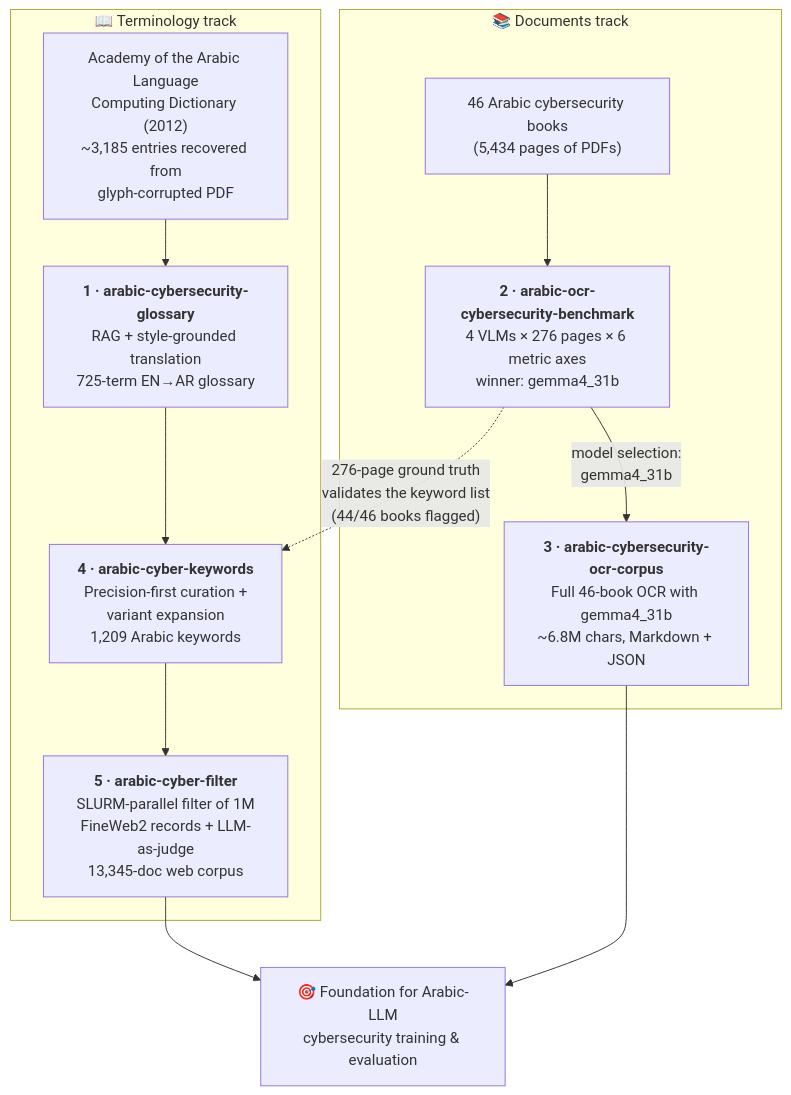
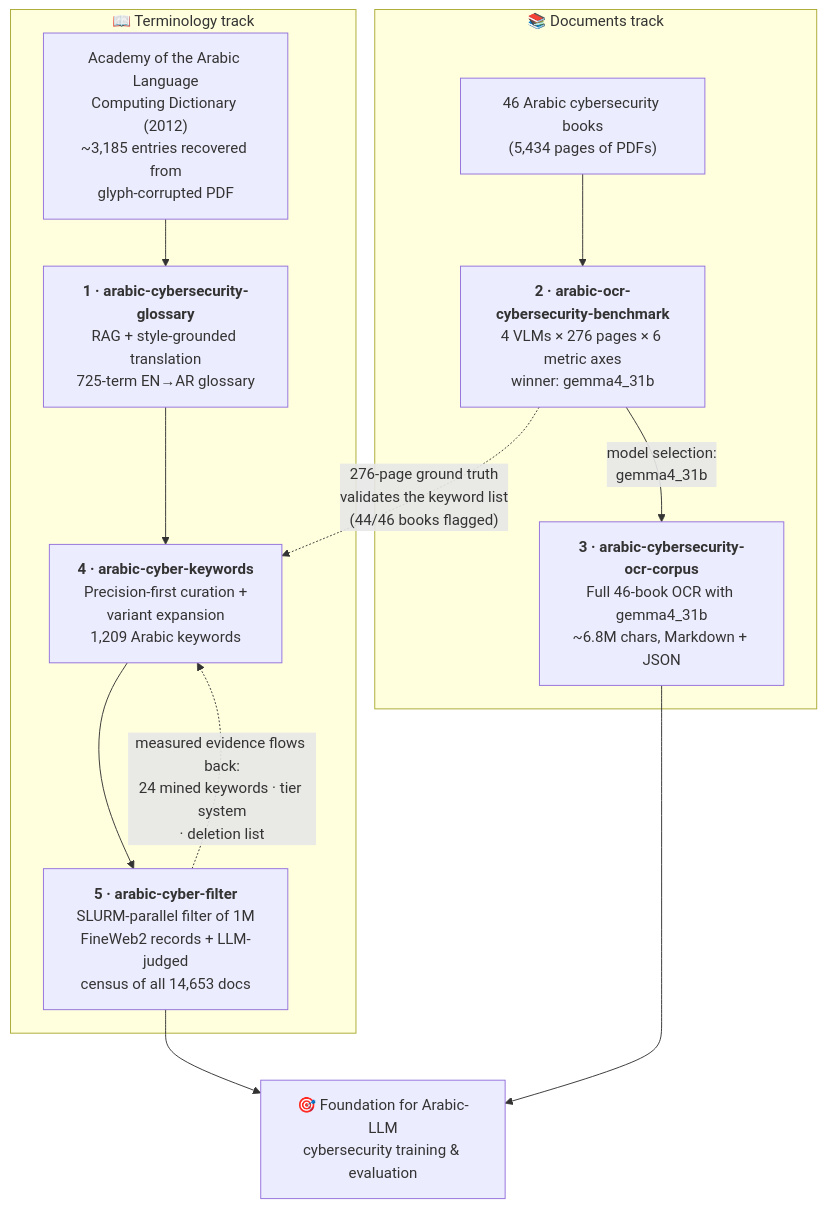
Before and after one commit to Alsumaitti/qcri-summer-2026-cybersecurity: the diagram in README.md, drawn with Mermaid. The commit also changed other lines of this file, not shown here.

First line of the commit message:
Add the closing loop: full-corpus census + evidence-tiered lexicon

````diff
--- a/README.md
+++ b/README.md
@@ -36,22 +36,23 @@
 ```mermaid
 flowchart TD
     subgraph T["📖 Terminology track"]
         ACAD["Academy of the Arabic Language<br/>Computing Dictionary (2012)<br/>~3,185 entries recovered from<br/>glyph-corrupted PDF"]
         G["<b>1 · arabic-cybersecurity-glossary</b><br/>RAG + style-grounded translation<br/>725-term EN→AR glossary"]
         K["<b>4 · arabic-cyber-keywords</b><br/>Precision-first curation +<br/>variant expansion<br/>1,209 Arabic keywords"]
-        F["<b>5 · arabic-cyber-filter</b><br/>SLURM-parallel filter of 1M<br/>FineWeb2 records + LLM-as-judge<br/>13,345-doc web corpus"]
+        F["<b>5 · arabic-cyber-filter</b><br/>SLURM-parallel filter of 1M<br/>FineWeb2 records + LLM-judged<br/>census of all 14,653 docs"]
         ACAD --> G --> K --> F
+        F -.->|"measured evidence flows back:<br/>24 mined keywords · tier system<br/>· deletion list"| K
     end
 
     subgraph D["📚 Documents track"]
         BOOKS["46 Arabic cybersecurity books<br/>(5,434 pages of PDFs)"]
         B["<b>2 · arabic-ocr-cybersecurity-benchmark</b><br/>4 VLMs × 276 pages × 6 metric axes<br/>winner: gemma4_31b"]
         C["<b>3 · arabic-cybersecurity-ocr-corpus</b><br/>Full 46-book OCR with gemma4_31b<br/>~6.8M chars, Markdown + JSON"]
         BOOKS --> B -->|"model selection:<br/>gemma4_31b"| C
     end
 
     B -.->|"276-page ground truth<br/>validates the keyword list<br/>(44/46 books flagged)"| K
 
     F --> LLM["🎯 Foundation for Arabic-LLM<br/>cybersecurity training & evaluation"]
     C --> LLM
 ```
````
